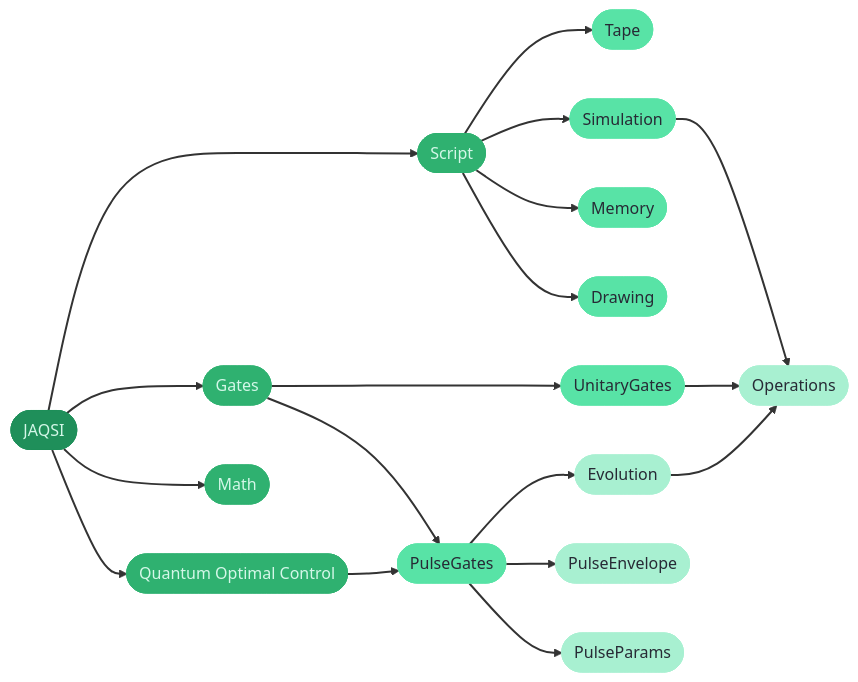
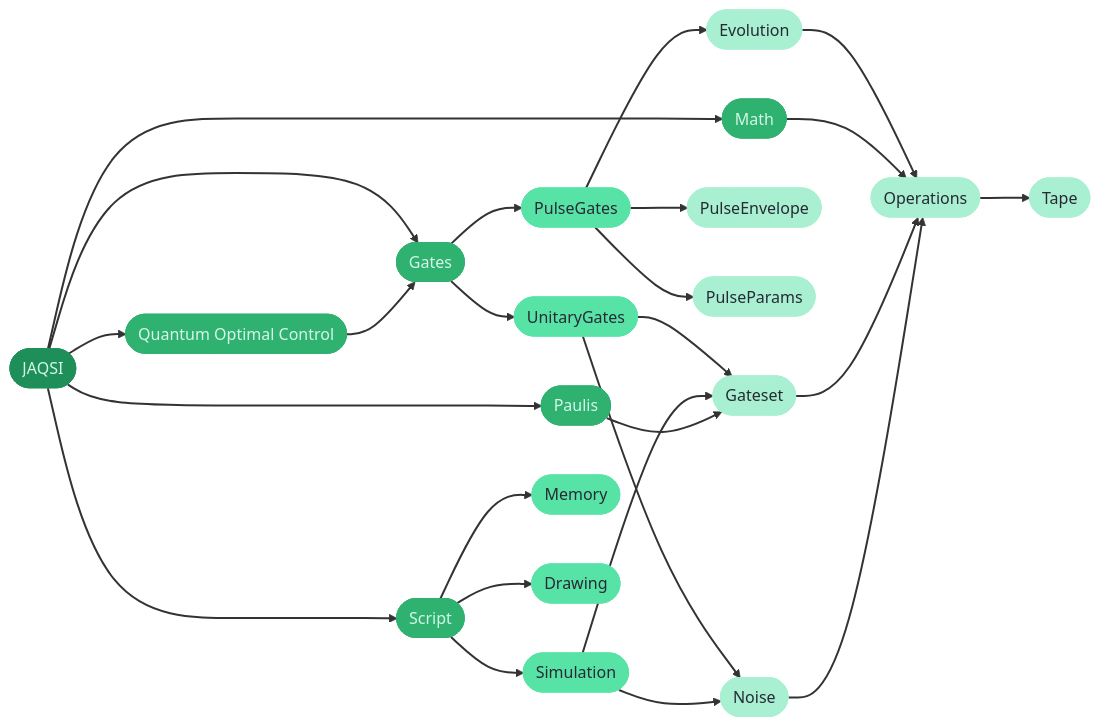
Before and after one commit to cirKITers/jaqsi: the diagram in README.md, drawn with Mermaid. The commit also changed other lines of this file and 1 other file, not shown here.

Commit message:
updated project structure accordingly

````diff
--- a/README.md
+++ b/README.md
@@ -48,33 +49,45 @@
 ```mermaid
 flowchart LR
     jaqsi([JAQSI])
+    jaqsi --> jaqsi.gates([Gates])
     jaqsi --> jaqsi.script([Script])
-    jaqsi.script --> jaqsi.tape([Tape])
+    jaqsi --> jaqsi.qoc([Quantum Optimal Control])
+    jaqsi --> jaqsi.math([Math])
+    jaqsi --> jaqsi.paulis([Paulis])
+
+    jaqsi.gates --> jaqsi.unitary([UnitaryGates])
+    jaqsi.gates --> jaqsi.pulse([PulseGates])
+    jaqsi.qoc --> jaqsi.gates
+
     jaqsi.script --> jaqsi.simulation([Simulation])
     jaqsi.script --> jaqsi.memory([Memory])
     jaqsi.script --> jaqsi.drawing([Drawing])
-    jaqsi.simulation --> jaqsi.ops([Operations])
-    jaqsi --> jaqsi.gates([Gates])
-    jaqsi.gates --> jaqsi.unitary([UnitaryGates])
-    jaqsi.gates --> jaqsi.pulse([PulseGates])
-    jaqsi.unitary --> jaqsi.ops
+
     jaqsi.pulse --> jaqsi.evolution([Evolution])
     jaqsi.pulse --> jaqsi.envelope([PulseEnvelope])
     jaqsi.pulse --> jaqsi.pparams([PulseParams])
-    jaqsi.evolution --> jaqsi.ops
-    jaqsi --> jaqsi.qoc([Quantum Optimal Control])
-    jaqsi.qoc --> jaqsi.pulse
-    jaqsi --> jaqsi.math([Math])
+
+    jaqsi.unitary --> jaqsi.gateset([Gateset])
+    jaqsi.unitary --> jaqsi.noise([Noise])
+    jaqsi.simulation --> jaqsi.gateset
+    jaqsi.simulation --> jaqsi.noise
+    jaqsi.paulis --> jaqsi.gateset
+    jaqsi.evolution --> jaqsi.ops([Operations])
+    jaqsi.math --> jaqsi.ops
+
+    jaqsi.gateset --> jaqsi.ops
+    jaqsi.noise --> jaqsi.ops
+    jaqsi.ops --> jaqsi.tape([Tape])
 
     classDef l1 fill:#1f8f5a,stroke:#1f8f5a,color:#d4f7e8
     classDef l2 fill:#2fb170,stroke:#2fb170,color:#d4f7e8
     classDef l3 fill:#58e3a6,stroke:#58e3a6,color:#272a35
     classDef l4 fill:#a8f0d1,stroke:#a8f0d1,color:#272a35
 
     linkStyle default stroke-width:2px
 
     class jaqsi l1
-    class jaqsi.script,jaqsi.gates,jaqsi.qoc,jaqsi.math l2
-    class jaqsi.tape,jaqsi.simulation,jaqsi.memory,jaqsi.drawing,jaqsi.unitary,jaqsi.pulse l3
-    class jaqsi.ops,jaqsi.evolution,jaqsi.envelope,jaqsi.pparams l4
+    class jaqsi.gates,jaqsi.script,jaqsi.qoc,jaqsi.math,jaqsi.paulis l2
+    class jaqsi.unitary,jaqsi.pulse,jaqsi.simulation,jaqsi.memory,jaqsi.drawing l3
+    class jaqsi.gateset,jaqsi.noise,jaqsi.ops,jaqsi.tape,jaqsi.evolution,jaqsi.envelope,jaqsi.pparams l4
 ```
````
